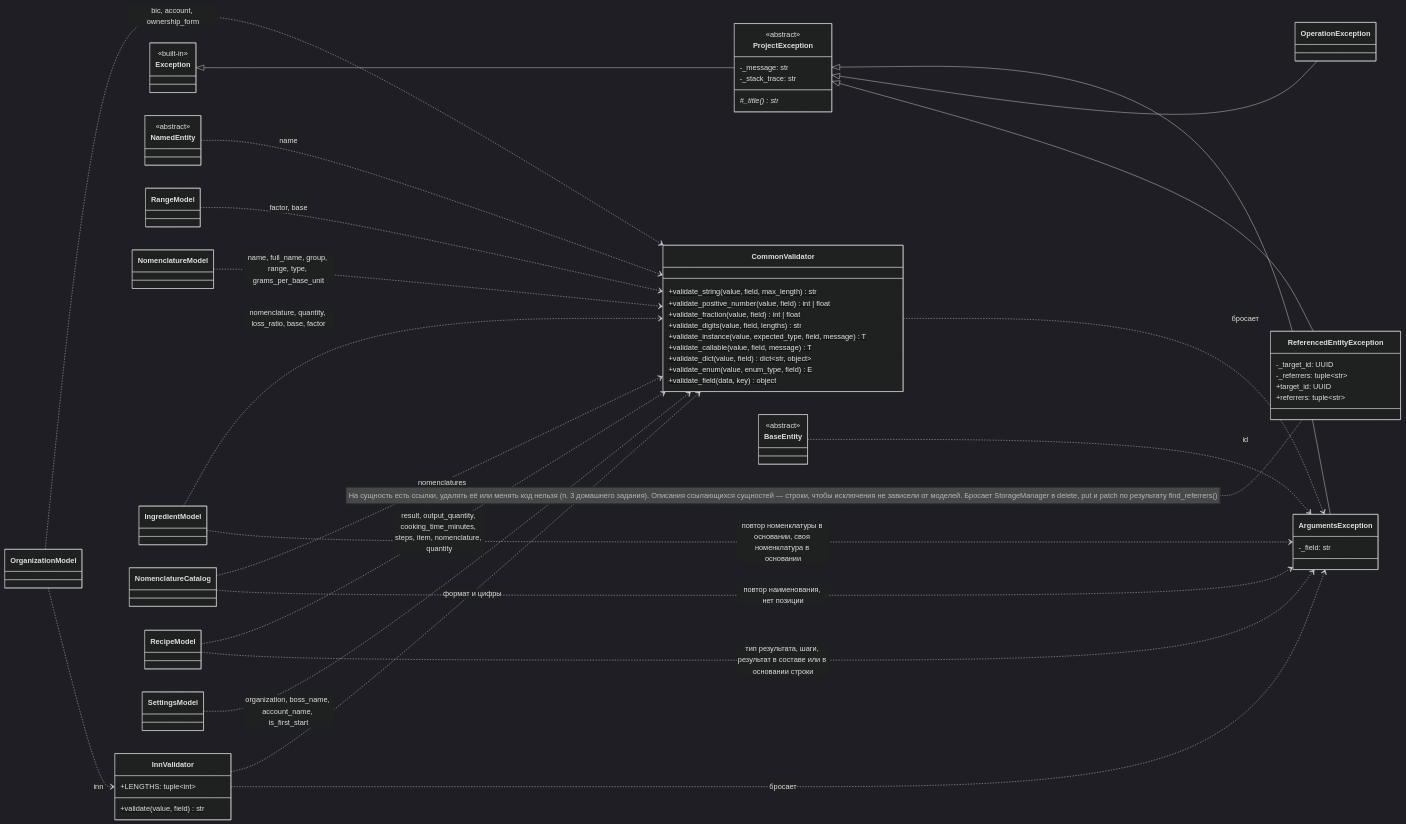
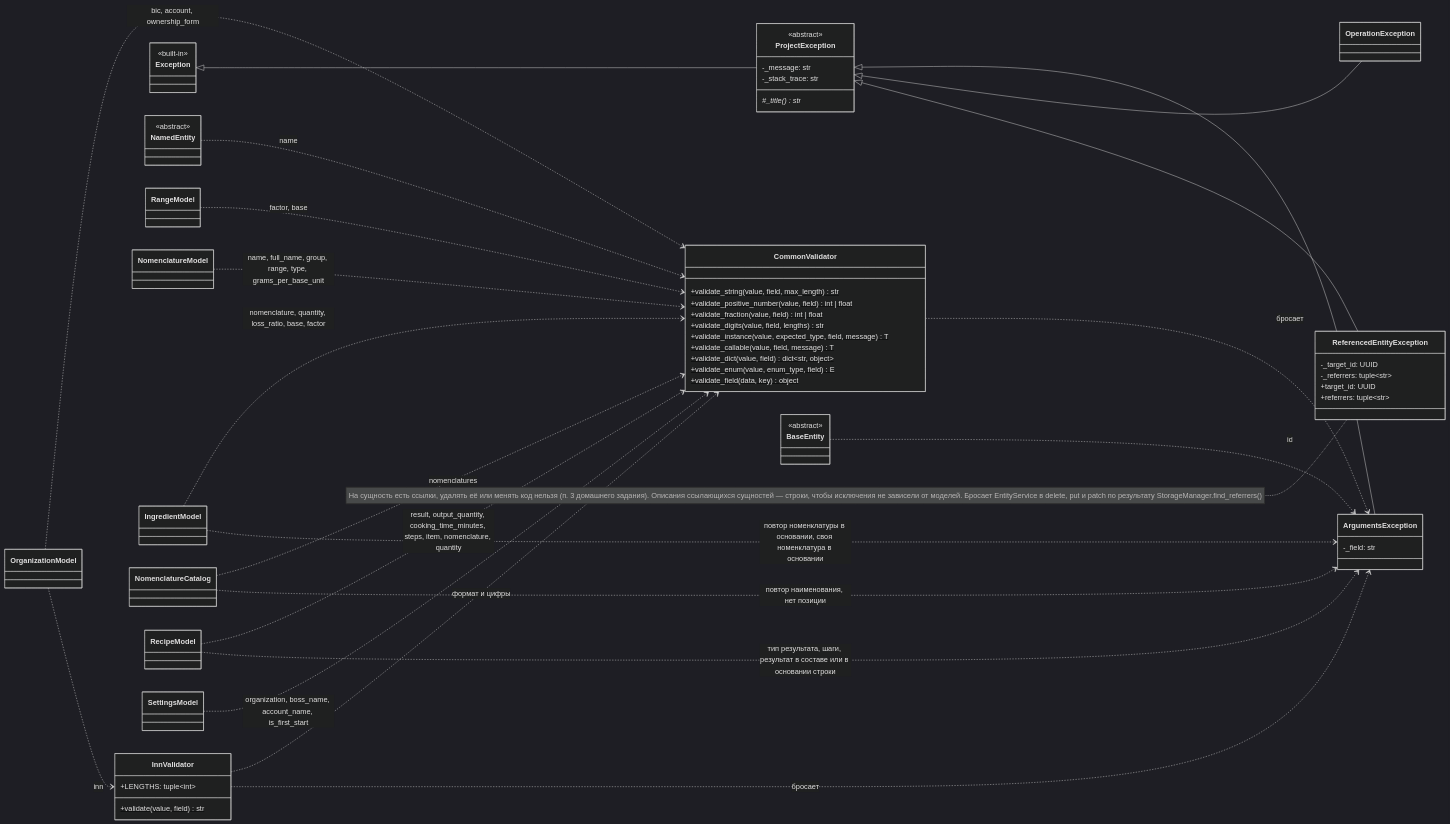
The third of 10 diagrams in Docs/ClassDiagram.md (asutenshi/design-patterns), drawn with Mermaid (dark theme) before and after one commit. The commit also changed other lines of this file and 7 other files, not shown here.

Commit message:
refactor: move entity CRUD rules from storage manager to EntityService

```diff
--- a/Docs/ClassDiagram.md
+++ b/Docs/ClassDiagram.md
@@ -374,7 +375,7 @@
         +referrers: tuple~str~
     }
 
-    note for ReferencedEntityException "На сущность есть ссылки, удалять её или менять код нельзя (п. 3 домашнего задания). Описания ссылающихся сущностей — строки, чтобы исключения не зависели от моделей. Бросает StorageManager в delete, put и patch по результату find_referrers()"
+    note for ReferencedEntityException "На сущность есть ссылки, удалять её или менять код нельзя (п. 3 домашнего задания). Описания ссылающихся сущностей — строки, чтобы исключения не зависели от моделей. Бросает EntityService в delete, put и patch по результату StorageManager.find_referrers()"
 
     class Exception {
         <<built-in>>
```
